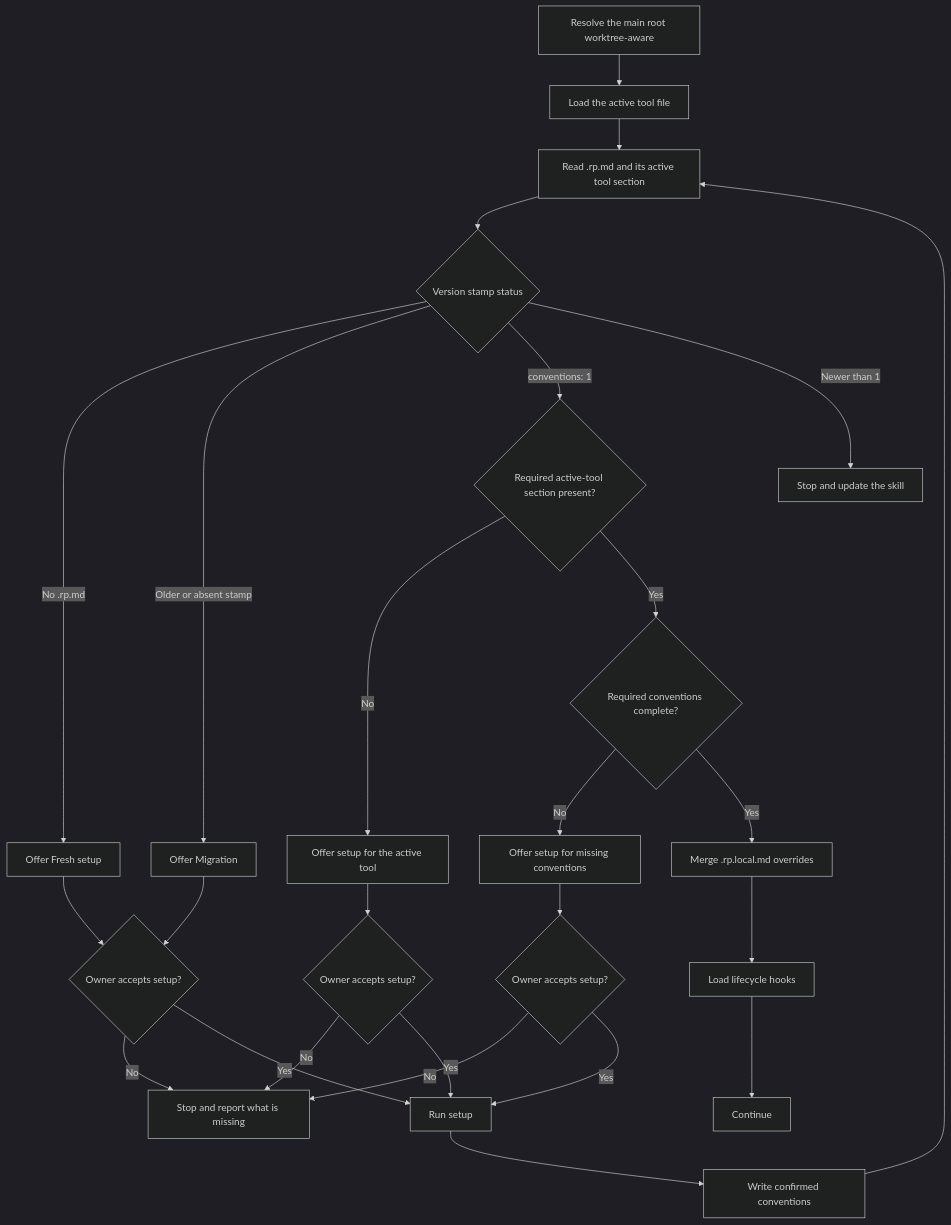
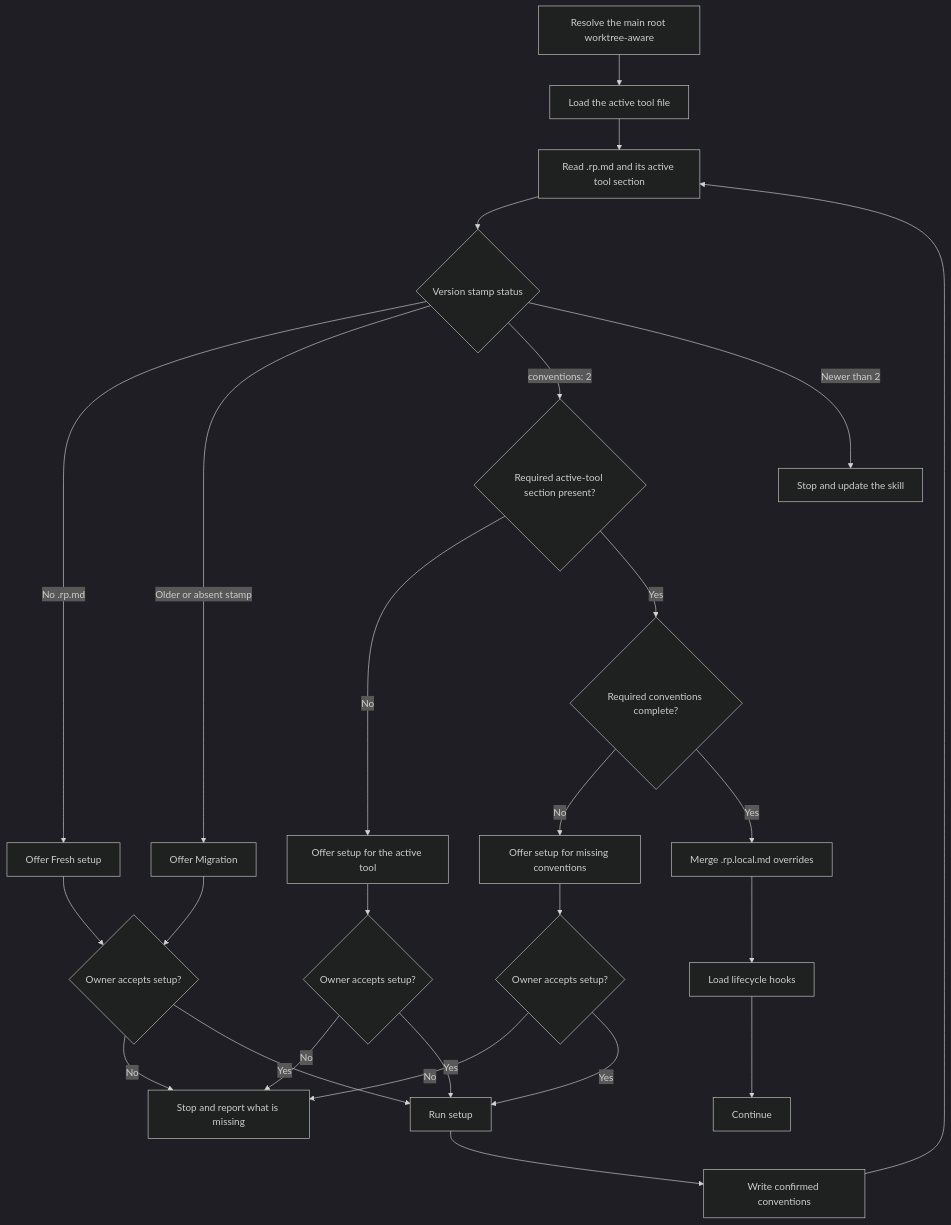
One commit to Automattic/radical-pipelines changed the diagram in docs/flowcharts/load-conventions.md. Above: the diagram before and after it, drawn with Mermaid (dark theme). The commit also changed 1 other file, not shown here.

Commit message:
Conventions flowchart routes version 2 as current; helper fixtures in the steer test

````diff
--- a/docs/flowcharts/load-conventions.md
+++ b/docs/flowcharts/load-conventions.md
@@ -5,28 +5,28 @@
 ```mermaid
 flowchart TD
     A["Resolve the main root worktree-aware"] --> B["Load the active tool file"]
     B --> C["Read .rp.md and its active tool section"]
     C --> H{"Version stamp status"}
     H -->|No .rp.md| I["Offer Fresh setup"]
     H -->|Older or absent stamp| J["Offer Migration"]
-    H -->|conventions: 1| D{"Required active-tool section present?"}
-    H -->|Newer than 1| L["Stop and update the skill"]
+    H -->|conventions: 2| D{"Required active-tool section present?"}
+    H -->|Newer than 2| L["Stop and update the skill"]
     D -->|No| E["Offer setup for the active tool"]
     E --> F{"Owner accepts setup?"}
     F -->|No| STOP["Stop and report what is missing"]
     F -->|Yes| SETUP["Run setup"]
     SETUP --> WRITE["Write confirmed conventions"]
     WRITE --> C
     D -->|Yes| K{"Required conventions complete?"}
     I --> M{"Owner accepts setup?"}
     J --> M
     M -->|No| STOP
     M -->|Yes| SETUP
     K -->|No| N["Offer setup for missing conventions"]
     N --> O{"Owner accepts setup?"}
     O -->|No| STOP
     O -->|Yes| SETUP
     K -->|Yes| G["Merge .rp.local.md overrides"]
     G --> P["Load lifecycle hooks"]
     P --> Q["Continue"]
 ```
````
